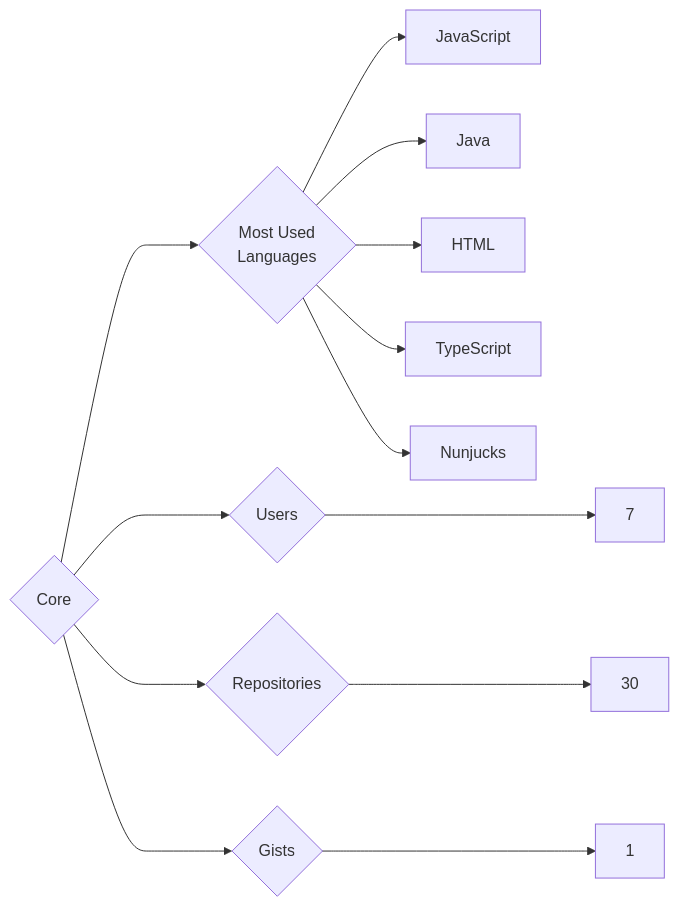
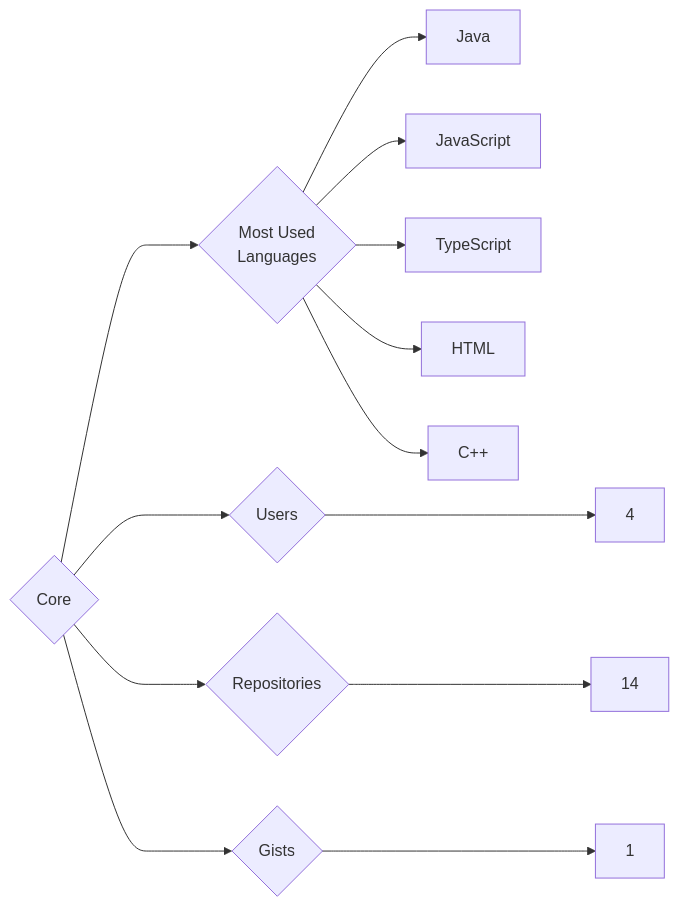
One commit to trickest/insiders changed the diagram in targets/Core/README.md. Above: the diagram before and after it, drawn with Mermaid. The commit also changed 1023 other files, not shown here.

````diff
--- a/targets/Core/README.md
+++ b/targets/Core/README.md
@@ -3,13 +3,13 @@
 ```mermaid
 graph LR
 COMPANY_NAME{Core}
-COMPANY_NAME ---> U{Users} ---> UN[7]
-COMPANY_NAME ---> R{Repositories} ---> RN[30]
+COMPANY_NAME ---> U{Users} ---> UN[4]
+COMPANY_NAME ---> R{Repositories} ---> RN[14]
 COMPANY_NAME ---> G{Gists} ---> GN[1]
 COMPANY_NAME ---> ML{Most Used<br>Languages}
+ML --> Java[Java]
 ML --> JavaScript[JavaScript]
-ML --> Java[Java]
+ML --> TypeScript[TypeScript]
 ML --> HTML[HTML]
-ML --> TypeScript[TypeScript]
-ML --> Nunjucks[Nunjucks]
+ML --> C++[C++]
 ```
````
